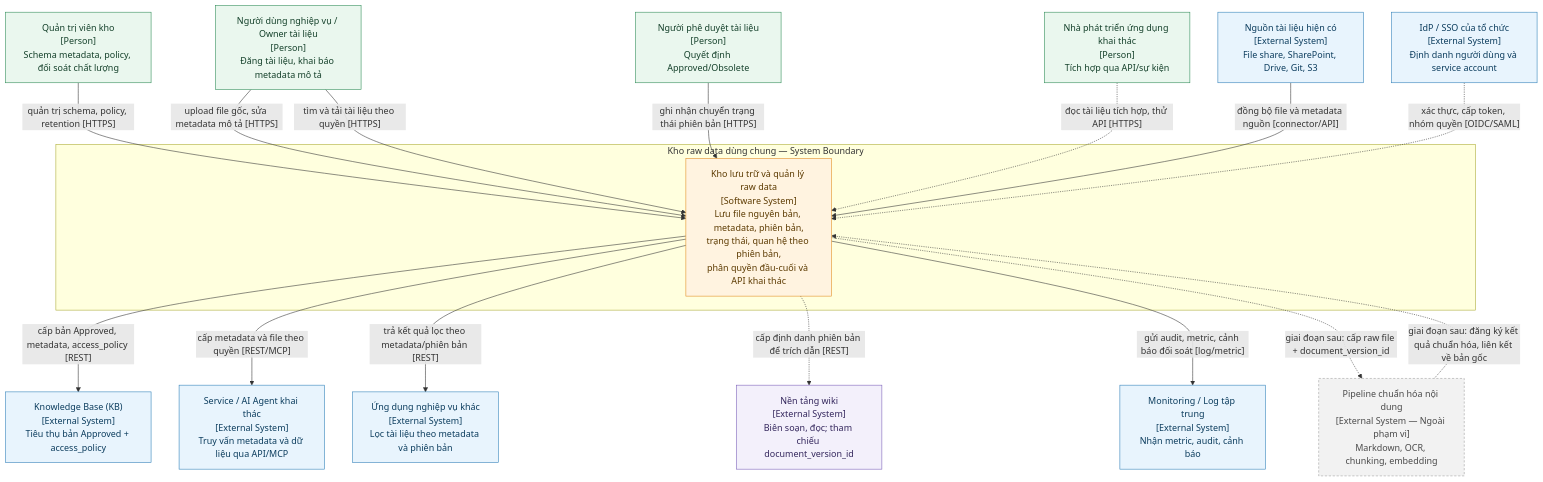
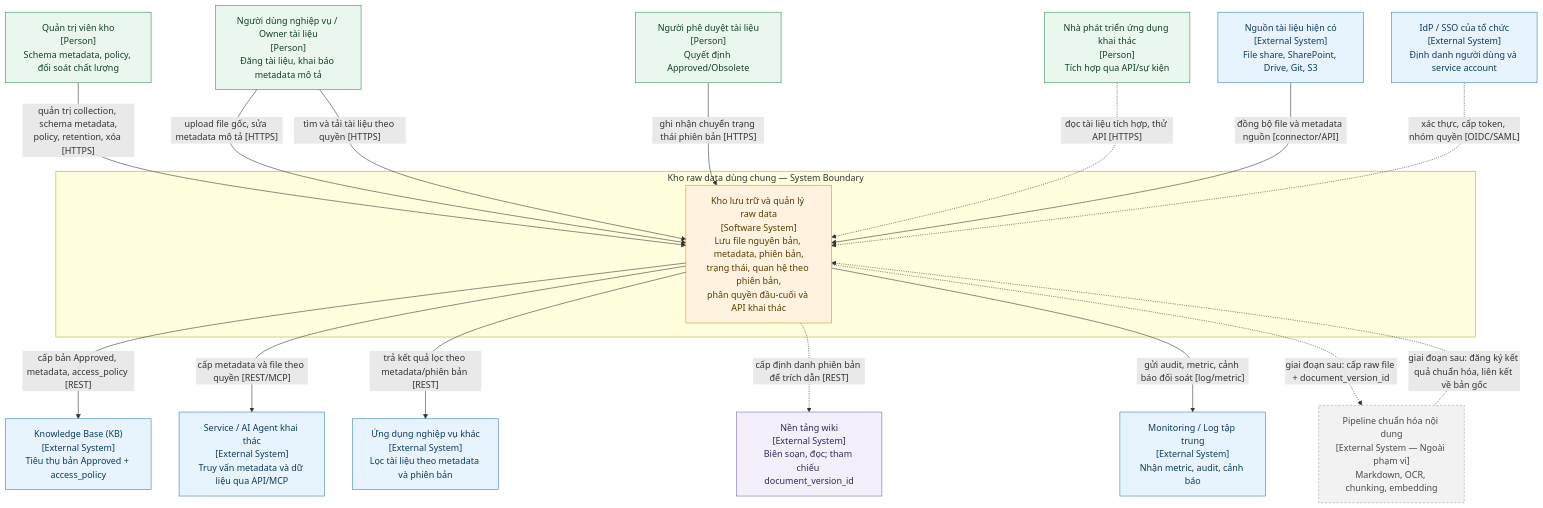
Before and after one commit to Phanlacan12/raw-storage: the diagram in docs/c4-01-context.md, drawn with Mermaid. The commit also changed other lines of this file and 12 other files, not shown here.

````diff
--- a/docs/c4-01-context.md
+++ b/docs/c4-01-context.md
@@ -9,49 +9,49 @@
 ```mermaid
 flowchart TB
     classDef builtin  fill:#E8F4FD,stroke:#2E7FB8,color:#0B3C5D
     classDef custom   fill:#FFF3E0,stroke:#E08A1E,color:#5C3A00
     classDef optional fill:#F3F0FB,stroke:#7A5FB8,color:#33265C
     classDef outscope fill:#F2F2F2,stroke:#9E9E9E,color:#4A4A4A,stroke-dasharray:4 3
     classDef person   fill:#EAF7EE,stroke:#2E8B57,color:#14402A
 
     P1["Người dùng nghiệp vụ / Owner tài liệu<br/>[Person]<br/>Đăng tài liệu, khai báo metadata mô tả"]
     P2["Quản trị viên kho<br/>[Person]<br/>Schema metadata, policy, đối soát chất lượng"]
     P3["Nhà phát triển ứng dụng khai thác<br/>[Person]<br/>Tích hợp qua API/sự kiện"]
     P4["Người phê duyệt tài liệu<br/>[Person]<br/>Quyết định Approved/Obsolete"]
 
     subgraph SYS["Kho raw data dùng chung — System Boundary"]
         CORE["Kho lưu trữ và quản lý raw data<br/>[Software System]<br/>Lưu file nguyên bản, metadata, phiên bản,<br/>trạng thái, quan hệ theo phiên bản,<br/>phân quyền đầu-cuối và API khai thác"]
     end
 
     X1["IdP / SSO của tổ chức<br/>[External System]<br/>Định danh người dùng và service account"]
     X2["Nguồn tài liệu hiện có<br/>[External System]<br/>File share, SharePoint, Drive, Git, S3"]
     X3["Knowledge Base (KB)<br/>[External System]<br/>Tiêu thụ bản Approved + access_policy"]
     X4["Service / AI Agent khai thác<br/>[External System]<br/>Truy vấn metadata và dữ liệu qua API/MCP"]
     X5["Ứng dụng nghiệp vụ khác<br/>[External System]<br/>Lọc tài liệu theo metadata và phiên bản"]
     X6["Nền tảng wiki<br/>[External System]<br/>Biên soạn, đọc; tham chiếu document_version_id"]
     X7["Monitoring / Log tập trung<br/>[External System]<br/>Nhận metric, audit, cảnh báo"]
     X8["Pipeline chuẩn hóa nội dung<br/>[External System — Ngoài phạm vi]<br/>Markdown, OCR, chunking, embedding"]
 
     P1 -->|"upload file gốc, sửa metadata mô tả [HTTPS]"| CORE
-    P2 -->|"quản trị schema, policy, retention [HTTPS]"| CORE
+    P2 -->|"quản trị collection, schema metadata,<br/>policy, retention, xóa [HTTPS]"| CORE
     P4 -->|"ghi nhận chuyển trạng thái phiên bản [HTTPS]"| CORE
     P1 -->|"tìm và tải tài liệu theo quyền [HTTPS]"| CORE
     P3 -.->|"đọc tài liệu tích hợp, thử API [HTTPS]"| CORE
 
     X2 -->|"đồng bộ file và metadata nguồn [connector/API]"| CORE
     X1 -.->|"xác thực, cấp token, nhóm quyền [OIDC/SAML]"| CORE
 
     CORE -->|"cấp bản Approved, metadata, access_policy [REST]"| X3
     CORE -->|"cấp metadata và file theo quyền [REST/MCP]"| X4
     CORE -->|"trả kết quả lọc theo metadata/phiên bản [REST]"| X5
     CORE -.->|"cấp định danh phiên bản để trích dẫn [REST]"| X6
     CORE -->|"gửi audit, metric, cảnh báo đối soát [log/metric]"| X7
     CORE -.->|"giai đoạn sau: cấp raw file + document_version_id"| X8
     X8 -.->|"giai đoạn sau: đăng ký kết quả chuẩn hóa, liên kết về bản gốc"| CORE
 
     class P1,P2,P3,P4 person
     class CORE custom
     class X1,X2,X3,X4,X5,X7 builtin
     class X6 optional
     class X8 outscope
 ```
````
